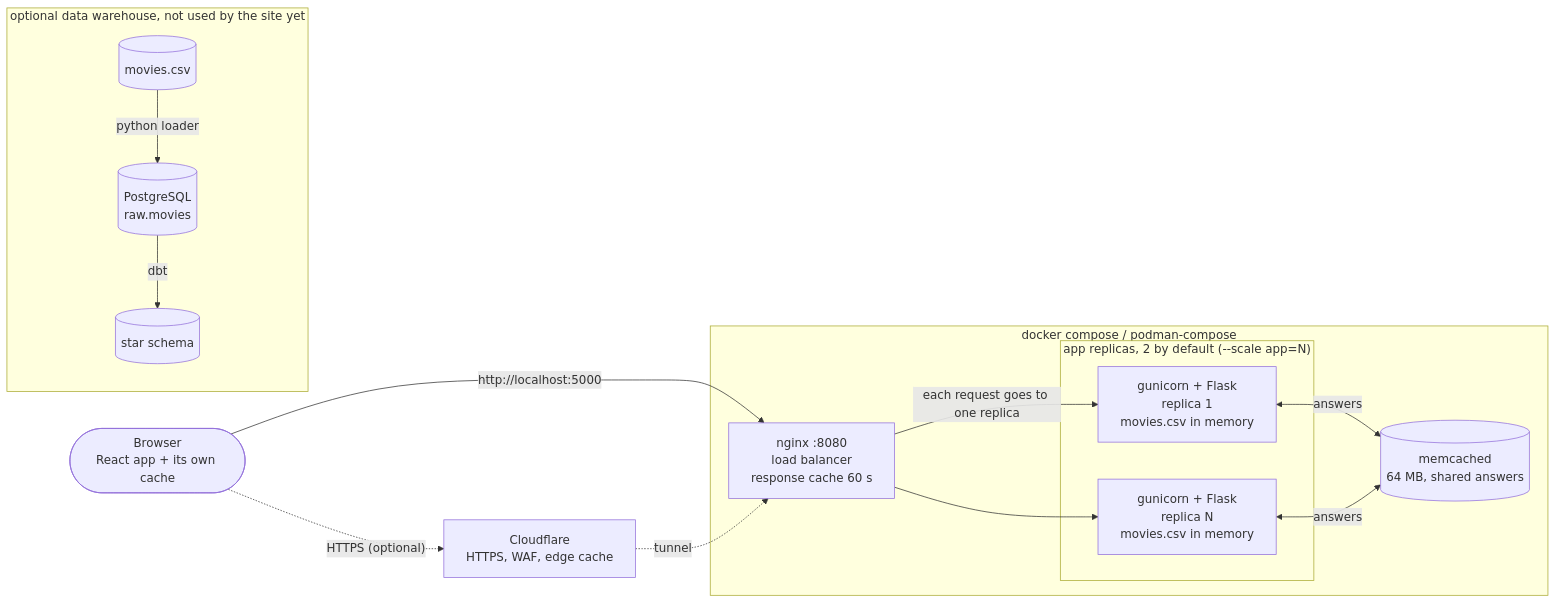
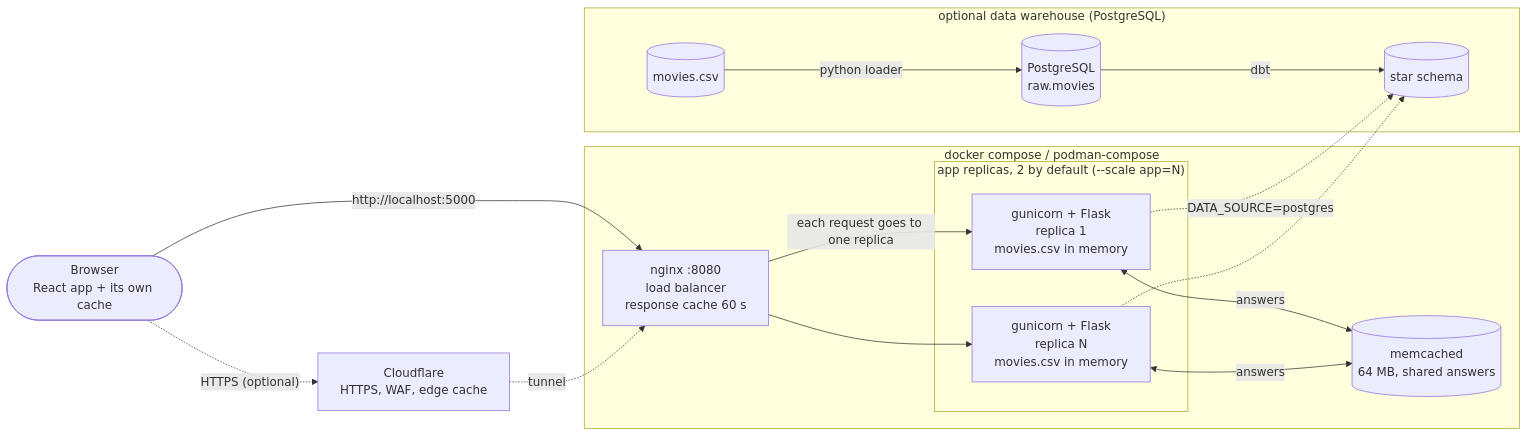
The diagram in README.md (ybouilla/hiparis_project), drawn with Mermaid before and after one commit. The commit also changed other lines of this file and 7 other files, not shown here.

````diff
--- a/README.md
+++ b/README.md
@@ -41,27 +41,29 @@
 ```mermaid
 flowchart LR
     user(["Browser<br/>React app + its own cache"])
     cf["Cloudflare<br/>HTTPS, WAF, edge cache"]
 
     subgraph stack["docker compose / podman-compose"]
         nginx["nginx :8080<br/>load balancer<br/>response cache 60 s"]
         subgraph replicas["app replicas, 2 by default (--scale app=N)"]
             app1["gunicorn + Flask<br/>replica 1<br/>movies.csv in memory"]
             app2["gunicorn + Flask<br/>replica N<br/>movies.csv in memory"]
         end
         mc[("memcached<br/>64 MB, shared answers")]
     end
 
     user -->|"http://localhost:5000"| nginx
     user -.->|"HTTPS (optional)"| cf
     cf -.->|"tunnel"| nginx
     nginx -->|"each request goes to one replica"| app1
     nginx --> app2
     app1 <-->|"answers"| mc
     app2 <-->|"answers"| mc
 
-    subgraph optional["optional data warehouse, not used by the site yet"]
+    subgraph optional["optional data warehouse (PostgreSQL)"]
         csv[("movies.csv")] -->|"python loader"| raw[("PostgreSQL<br/>raw.movies")]
         raw -->|"dbt"| star[("star schema")]
     end
+    app1 -.->|"DATA_SOURCE=postgres"| star
+    app2 -.-> star
 ```
````
